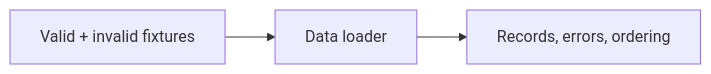
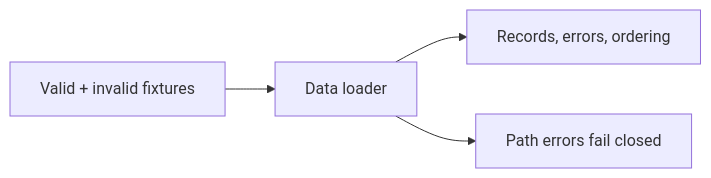
One commit to streamentry/OpenAMP-Foundry changed the first of 2 diagrams in tests/data/AGENTS.md. Above: the diagram before and after it, drawn with Mermaid. The commit also changed other lines of this file and 16 other files, not shown here.

````diff
--- a/tests/data/AGENTS.md
+++ b/tests/data/AGENTS.md
@@ -14,5 +15,6 @@
 ```mermaid
 flowchart LR
   Fixture["Valid + invalid fixtures"] --> Loader["Data loader"]
   Loader --> Assertions["Records, errors, ordering"]
+  Loader --> PathAssertions["Path errors fail closed"]
 ```
````
